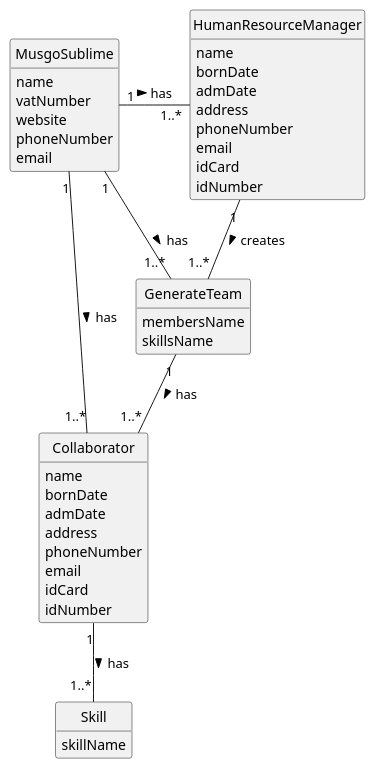
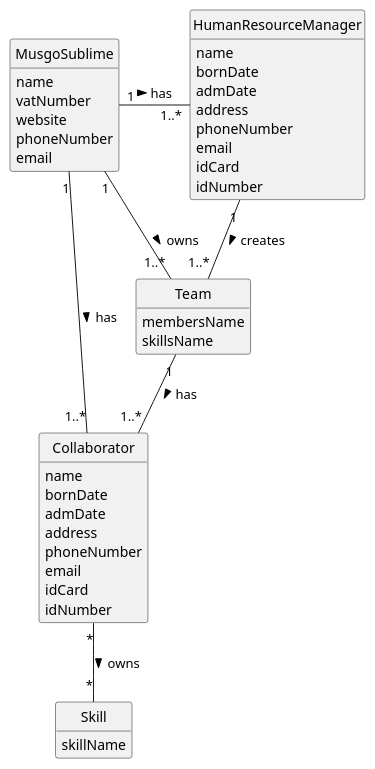
Before and after one commit to 1231360-ISEP/lei-24-s2-1db-g021: the diagram in docs/sprintA/us005/02.analysis/puml/us005-domain-model.puml, drawn with PlantUML. The commit also changed 3 other files, not shown here.

```diff
--- a/docs/sprintA/us005/02.analysis/puml/us005-domain-model.puml
+++ b/docs/sprintA/us005/02.analysis/puml/us005-domain-model.puml
@@ -1,56 +1,56 @@
 @startuml
 skinparam monochrome true
 skinparam packageStyle rectangle
 skinparam shadowing false
 
 skinparam classAttributeIconSize 0
 
 hide circle
 hide methods
 
 class MusgoSublime {
     name
     vatNumber
     website
     phoneNumber
     email
 }
 
 class HumanResourceManager {
     name
     bornDate
     admDate
     address
     phoneNumber
     email
     idCard
     idNumber
 }
 
 class Skill {
     skillName
 }
 
 class Collaborator {
     name
     bornDate
     admDate
     address
     phoneNumber
     email
     idCard
     idNumber
 }
 
-class GenerateTeam {
+class Team {
     membersName
     skillsName
 }
 
 MusgoSublime "1" - "1..*" Collaborator: has >
 MusgoSublime "1" - "1..*" HumanResourceManager : has >
-Collaborator "1" -- "1..*" Skill : has >
-MusgoSublime "1" - "1..*" GenerateTeam: has >
-GenerateTeam "1" -- "1..*" Collaborator : has >
-HumanResourceManager "1" -- "1..*" GenerateTeam : creates >
+Collaborator "*" -- "*" Skill : owns >
+MusgoSublime "1" - "1..*" Team: owns >
+Team "1" -- "1..*" Collaborator : has >
+HumanResourceManager "1" -- "1..*" Team : creates >
 @enduml
```
